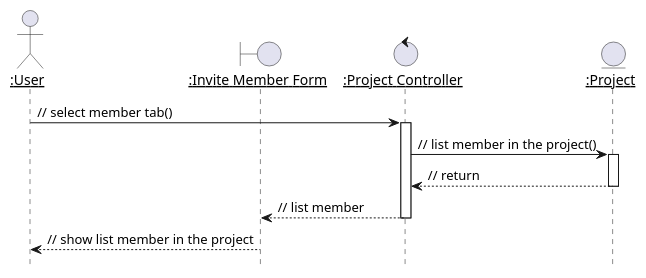
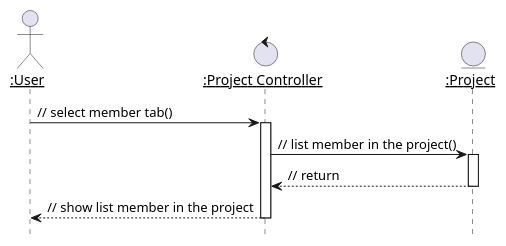
One commit to Huy-Ngo/acanban changed the diagram in docs/source/meth/uc-anal-design/uml/p-member-list.puml. Above: the diagram before and after it, drawn with PlantUML. The commit also changed 3 other files, not shown here.

Commit message:
[Doc] Correct invite member sequence diagrams

```diff
--- a/docs/source/meth/uc-anal-design/uml/p-member-list.puml
+++ b/docs/source/meth/uc-anal-design/uml/p-member-list.puml
@@ -1,15 +1,13 @@
 @startuml
 hide footbox
 autoactivate on
 skinparam sequenceParticipant underline
 actor ":User" as usr
-boundary ":Invite Member Form" as form
 control ":Project Controller" as ctl
 entity ":Project" as db_prj
 
 usr -> ctl : // select member tab()
 ctl -> db_prj : // list member in the project()
 ctl <-- db_prj : // return
-form <-- ctl : // list member
-usr <-- form : // show list member in the project
+usr <-- ctl : // show list member in the project
 @enduml
```
